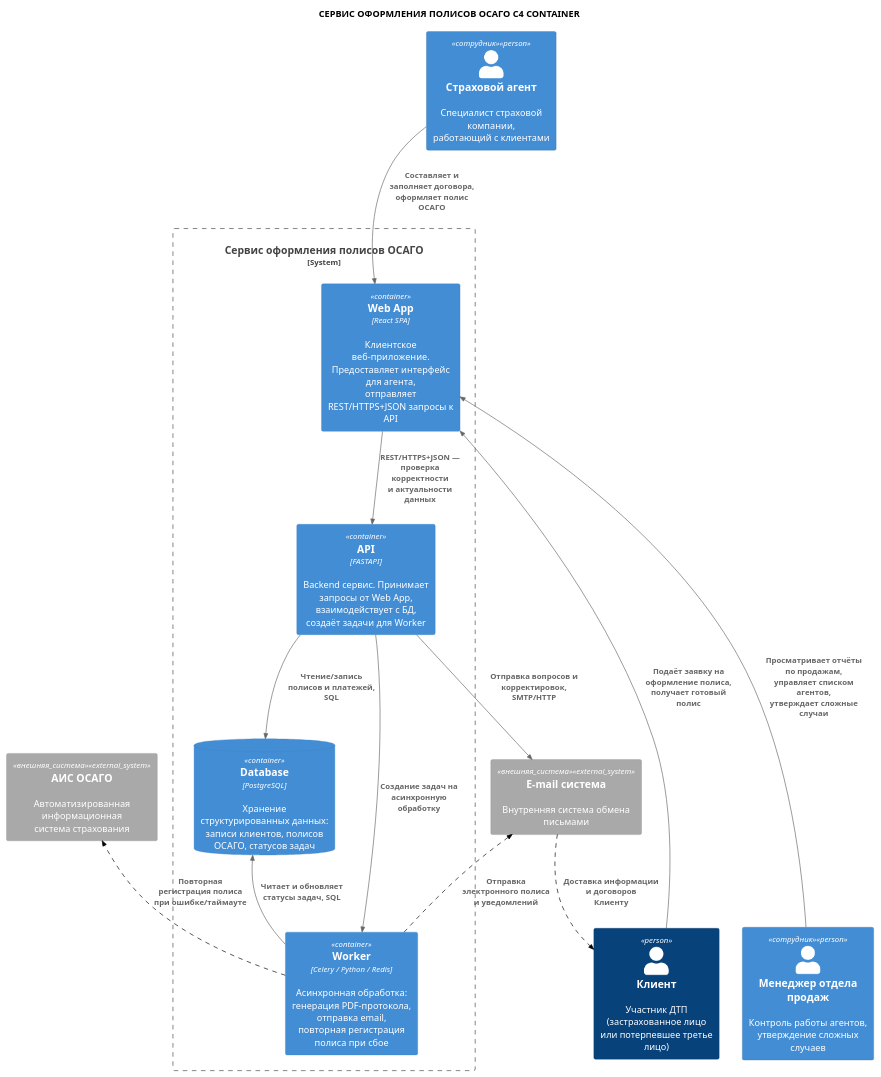
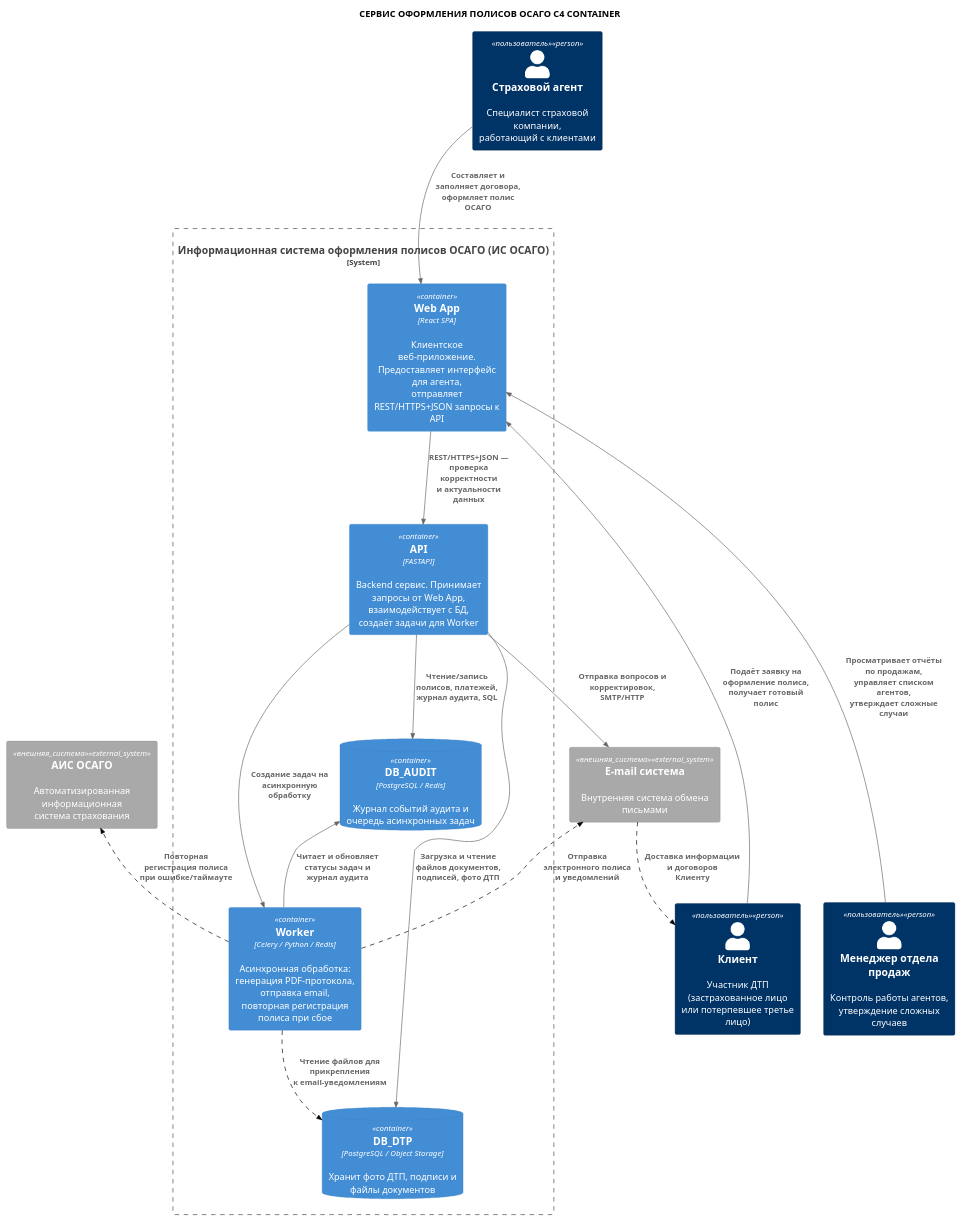
The diagram in docs_and_diagrams/Nikita/container.puml (ElectricLight-ELO/Insurance-system), drawn with PlantUML before and after one commit.

```diff
--- a/docs_and_diagrams/Nikita/container.puml
+++ b/docs_and_diagrams/Nikita/container.puml
@@ -1,86 +1,96 @@
 @startuml
 !include https://raw.githubusercontent.com/plantuml-stdlib/C4-PlantUML/master/C4_Container.puml
 
 title СЕРВИС ОФОРМЛЕНИЯ ПОЛИСОВ ОСАГО C4 CONTAINER
 
-' === НАСТРОЙКА ЦВЕТОВ (как в примере) ===
+' === НАСТРОЙКА ЦВЕТОВ ===
+' Темно-синий цвет для всех пользователей (акторов)
+AddPersonTag("пользователь", $bgColor="#003366", $borderColor="#002244", $fontColor="#FFFFFF")
 AddSystemTag("внешняя_система", $bgColor="#A9A9A9", $borderColor="#8A8A8A", $fontColor="#FFFFFF")
-AddPersonTag("сотрудник", $bgColor="#438DD5", $borderColor="#316CA5", $fontColor="#FFFFFF")
 AddRelTag("пунктир", $lineStyle = DashedLine(), $lineColor = "#000000")
 
 ' === ЭЛЕМЕНТЫ ===
 
-Person(agent, "Страховой агент", "Специалист страховой компании,\nработающий с клиентами", $tags="сотрудник")
-Person(client, "Клиент", "Участник ДТП (застрахованное лицо\nили потерпевшее третье лицо)")
-Person(manager, "Менеджер отдела продаж", "Контроль работы агентов,\nутверждение сложных случаев", $tags="сотрудник")
+Person(agent, "Страховой агент", "Специалист страховой компании,\nработающий с клиентами", $tags="пользователь")
+Person(client, "Клиент", "Участник ДТП (застрахованное лицо\nили потерпевшее третье лицо)", $tags="пользователь")
+Person(manager, "Менеджер отдела продаж", "Контроль работы агентов,\nутверждение сложных случаев", $tags="пользователь")
 
 ' Центральный сервис
-System_Boundary(osago_service, "Сервис оформления полисов ОСАГО") {
+System_Boundary(osago_service, "Информационная система оформления полисов ОСАГО (ИС ОСАГО)") {
 
     Container(web_app, "Web App", "React SPA", "Клиентское веб-приложение. Предоставляет интерфейс для агента,\nотправляет REST/HTTPS+JSON запросы к API")
 
     Container(api, "API", "FASTAPI", "Backend сервис. Принимает запросы от Web App,\nвзаимодействует с БД, создаёт задачи для Worker")
 
     Container(worker, "Worker", "Celery / Python / Redis", "Асинхронная обработка:\nгенерация PDF-протокола, отправка email,\nповторная регистрация полиса при сбое")
 
-    ContainerDb(database, "Database", "PostgreSQL", "Хранение структурированных данных:\nзаписи клиентов, полисов ОСАГО, статусов задач")
+    ContainerDb(db_audit, "DB_AUDIT", "PostgreSQL / Redis", "Журнал событий аудита и очередь асинхронных задач")
+    
+    ContainerDb(db_dtp, "DB_DTP", "PostgreSQL / Object Storage", "Хранит фото ДТП, подписи и файлы документов")
 }
 
 ' Внешние системы (серые)
 System_Ext(ais_osago, "АИС ОСАГО", "Автоматизированная информационная\nсистема страхования", $tags="внешняя_система")
 System_Ext(email_sys, "E-mail система", "Внутренняя система обмена письмами", $tags="внешняя_система")
 
 ' === СВЯЗИ ===
 
 ' Страховой агент -> Web App
 Rel(agent, web_app, "Составляет и заполняет договора,\nоформляет полис ОСАГО")
 
 ' Клиент -> Web App
 Rel(client, web_app, "Подаёт заявку на оформление полиса,\nполучает готовый полис")
 
 ' Менеджер -> Web App (аналитика и управление)
 Rel(manager, web_app, "Просматривает отчёты по продажам,\nуправляет списком агентов,\nутверждает сложные случаи")
 
 ' Web App -> API
 Rel(web_app, api, "REST/HTTPS+JSON — проверка корректности\nи актуальности данных")
 
-' API -> Database
-Rel(api, database, "Чтение/запись полисов и платежей, SQL")
+' API -> DB_AUDIT
+Rel(api, db_audit, "Чтение/запись полисов, платежей,\nжурнал аудита, SQL")
+
+' API -> DB_DTP
+Rel(api, db_dtp, "Загрузка и чтение файлов документов,\nподписей, фото ДТП")
 
 ' API -> Worker
 Rel(api, worker, "Создание задач на асинхронную обработку")
 
-' Worker -> Database (поллинг очереди задач)
-Rel(worker, database, "Читает и обновляет\nстатусы задач, SQL")
+' Worker -> DB_AUDIT (поллинг очереди задач)
+Rel(worker, db_audit, "Читает и обновляет\nстатусы задач и журнал аудита")
+
+' Worker -> DB_DTP (для прикрепления файлов к письмам)
+Rel(worker, db_dtp, "Чтение файлов для прикрепления\nк email-уведомлениям", $tags="пунктир")
 
 ' Worker -> АИС ОСАГО (пунктир — повтор при сбое)
 Rel(worker, ais_osago, "Повторная регистрация полиса\nпри ошибке/таймауте", $tags="пунктир")
 
 ' Worker -> E-mail система (пунктир)
 Rel(worker, email_sys, "Отправка электронного полиса\nи уведомлений", $tags="пунктир")
 
 ' API -> E-mail система (для оперативных вопросов)
 Rel(api, email_sys, "Отправка вопросов и корректировок,\nSMTP/HTTP")
 
 ' E-mail система -> Клиент (пунктир)
 Rel(email_sys, client, "Доставка информации и договоров\nКлиенту", $tags="пунктир")
 
 ' === УПРАВЛЕНИЕ LAYOUT (скрытые связи) ===
 
 ' Акторы сверху в ряд
 agent -[hidden]right- client
 client -[hidden]right- manager
 
 ' Спуск к приложению
 agent -[hidden]down- web_app
 
 ' Контейнеры внутри boundary
 web_app -[hidden]right- api
-api -[hidden]down- database
-database -[hidden]right- worker
+api -[hidden]down- db_audit
+db_audit -[hidden]right- db_dtp
+db_audit -[hidden]down- worker
 
 ' Внешние системы внизу
 osago_service -[hidden]down- ais_osago
 ais_osago -[hidden]right- email_sys
 
 @enduml
```
